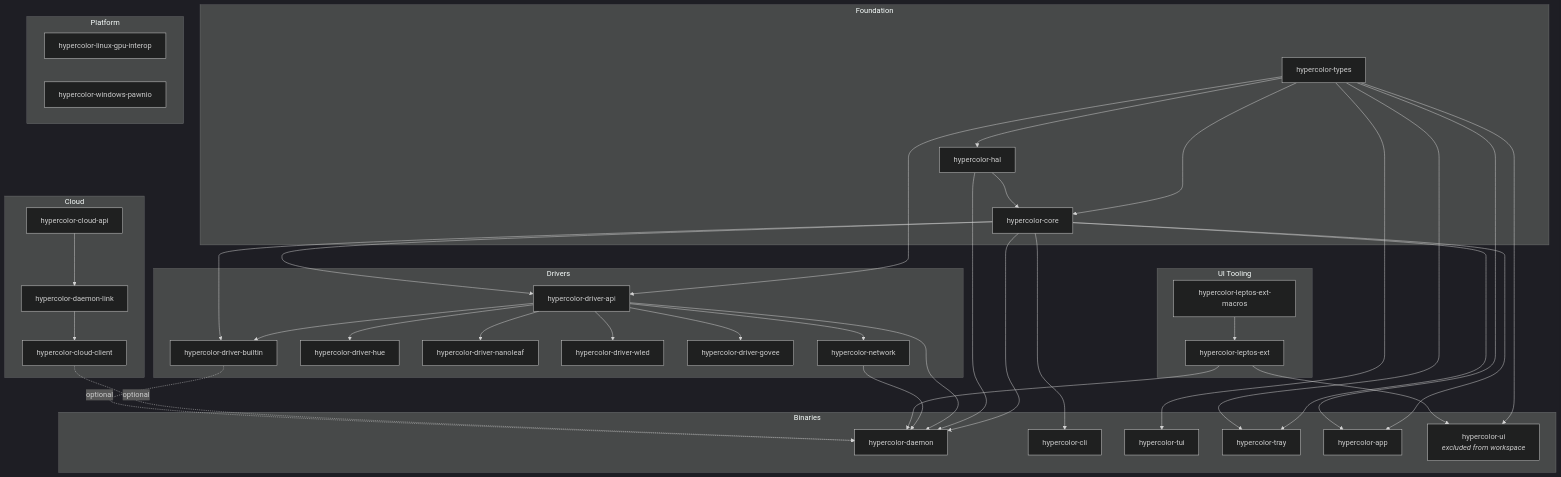
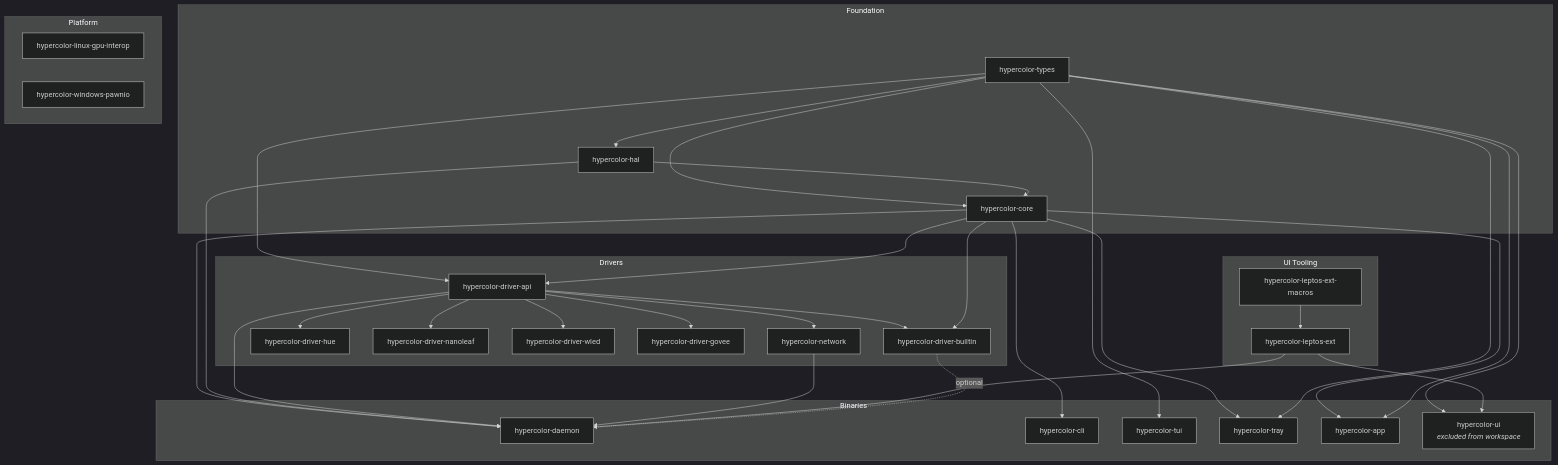
Before and after one commit to hyperb1iss/hypercolor: the second of 2 diagrams in docs/ARCHITECTURE.md, drawn with Mermaid (dark theme). The commit also changed other lines of this file and 72 other files, not shown here.

````diff
--- a/docs/ARCHITECTURE.md
+++ b/docs/ARCHITECTURE.md
@@ -84,66 +84,57 @@
 ```mermaid
 graph TD
     subgraph Foundation
         T[hypercolor-types]
         CORE[hypercolor-core]
         HAL[hypercolor-hal]
     end
 
     subgraph Platform
         LGPU[hypercolor-linux-gpu-interop]
         WPAW[hypercolor-windows-pawnio]
     end
 
     subgraph Drivers
         DAPI[hypercolor-driver-api]
         DBI[hypercolor-driver-builtin]
         HUE[hypercolor-driver-hue]
         NL[hypercolor-driver-nanoleaf]
         WLED[hypercolor-driver-wled]
         GOV[hypercolor-driver-govee]
         NET[hypercolor-network]
-    end
-
-    subgraph Cloud
-        CAPI[hypercolor-cloud-api]
-        DLINK[hypercolor-daemon-link]
-        CCLI[hypercolor-cloud-client]
     end
 
     subgraph UITooling["UI Tooling"]
         LEXT[hypercolor-leptos-ext]
         LMAC[hypercolor-leptos-ext-macros]
     end
 
     subgraph Binaries
         D[hypercolor-daemon]
         CLI[hypercolor-cli]
         TUI[hypercolor-tui]
         TRAY[hypercolor-tray]
         APP[hypercolor-app]
         UI[hypercolor-ui<br><i>excluded from workspace</i>]
     end
 
     T --> HAL
     T --> CORE
     HAL --> CORE
     T & CORE --> DAPI
     DAPI --> HUE
     DAPI --> NL
     DAPI --> WLED
     DAPI --> GOV
     DAPI & CORE --> DBI
     DAPI --> NET
-    CAPI --> DLINK
-    DLINK --> CCLI
     LMAC --> LEXT
     CORE & HAL & DAPI & NET --> D
     LEXT --> D
-    CCLI -.->|optional| D
     DBI -.->|optional| D
     CORE --> CLI
     T --> TUI
     CORE & T --> TRAY
     CORE & T --> APP
     T & LEXT --> UI
 ```
````
